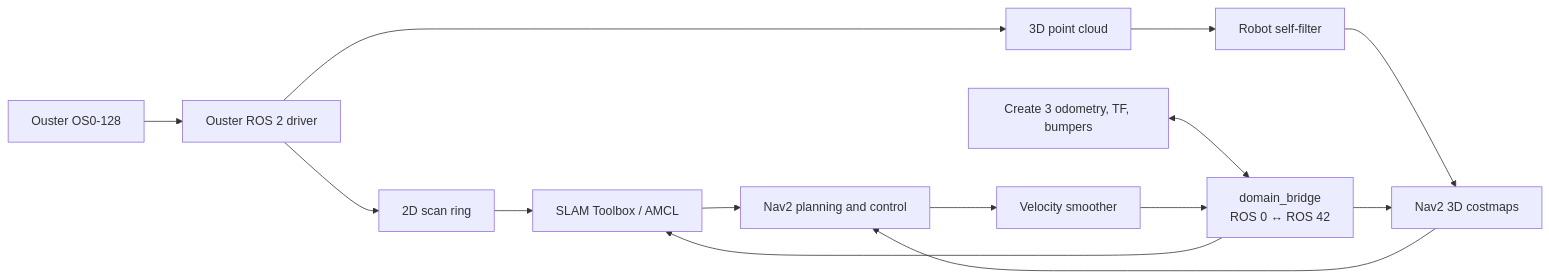
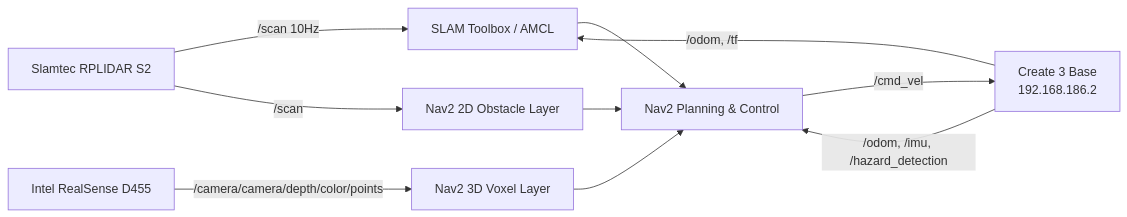
The diagram in README.md (Robin-Lange/TurtleBot4Lite_OusterOS0), drawn with Mermaid before and after one commit. The commit also changed other lines of this file and 10 other files, not shown here.

First line of the commit message:
Integrate RealSense D455 and RPLIDAR S2 on native Domain 0 FastDDS

````diff
--- a/README.md
+++ b/README.md
@@ -22,16 +21,12 @@
 ```mermaid
 flowchart LR
-    Sensor[Ouster OS0-128] --> Driver[Ouster ROS 2 driver]
-    Driver --> Scan[2D scan ring]
-    Driver --> Points[3D point cloud]
-    Scan --> Mapping[SLAM Toolbox / AMCL]
-    Points --> Filter[Robot self-filter]
-    Filter --> Costmaps[Nav2 3D costmaps]
-    Create[Create 3 odometry, TF, bumpers] <--> Bridge[domain_bridge<br/>ROS 0 ↔ ROS 42]
-    Bridge --> Mapping
-    Bridge --> Costmaps
-    Mapping --> Navigation[Nav2 planning and control]
-    Costmaps --> Navigation
-    Navigation --> Smoother[Velocity smoother]
-    Smoother --> Bridge
+    Lidar[Slamtec RPLIDAR S2] -->|/scan 10Hz| Slam[SLAM Toolbox / AMCL]
+    Lidar -->|/scan| Costmap[Nav2 2D Obstacle Layer]
+    D455[Intel RealSense D455] -->|/camera/camera/depth/color/points| Voxel[Nav2 3D Voxel Layer]
+    Create3[Create 3 Base<br/>192.168.186.2] -->|/odom, /imu, /hazard_detection| Nav2[Nav2 Planning & Control]
+    Create3 -->|/odom, /tf| Slam
+    Slam --> Nav2
+    Costmap --> Nav2
+    Voxel --> Nav2
+    Nav2 -->|/cmd_vel| Create3
 ```
````
